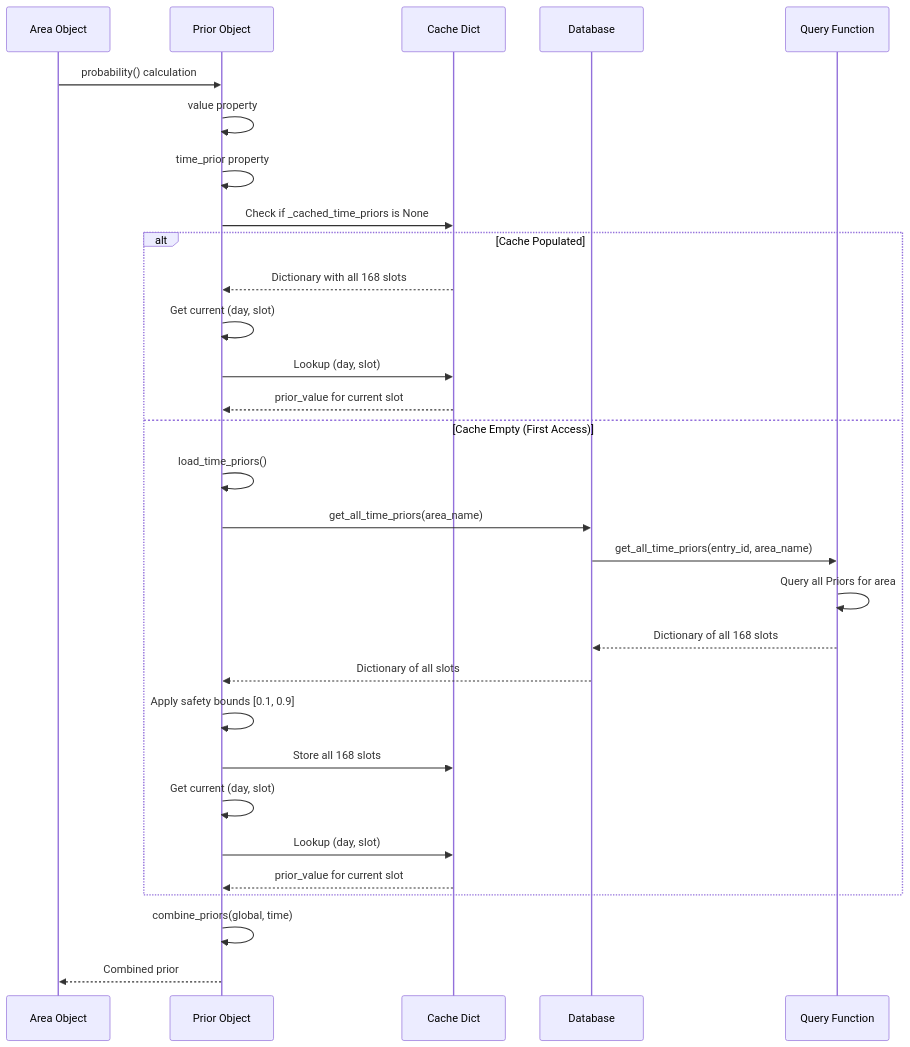
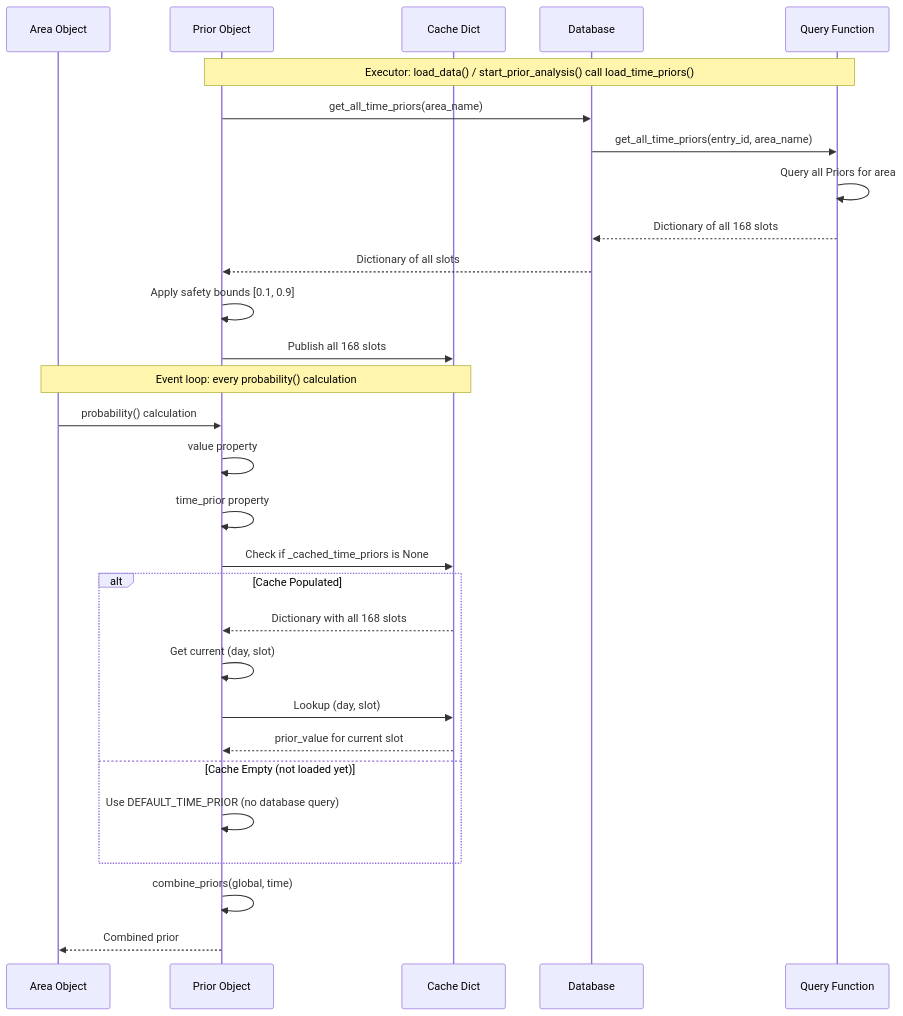
Before and after one commit to Hankanman/Area-Occupancy-Detection: the first of 3 diagrams in docs/docs/technical/time-prior-flow.md, drawn with Mermaid. The commit also changed other lines of this file and 9 other files, not shown here.

First line of the commit message:
fix(prior): keep time-prior reads off SQLite on the event loop

````diff
--- a/docs/docs/technical/time-prior-flow.md
+++ b/docs/docs/technical/time-prior-flow.md
@@ -398,35 +398,35 @@
 ```mermaid
 sequenceDiagram
     participant Area as Area Object
     participant Prior as Prior Object
     participant Cache as Cache Dict
     participant DB as Database
     participant Query as Query Function
 
+    Note over Prior,Query: Executor: load_data() / start_prior_analysis() call load_time_priors()
+    Prior->>DB: get_all_time_priors(area_name)
+    DB->>Query: get_all_time_priors(entry_id, area_name)
+    Query->>Query: Query all Priors for area
+    Query-->>DB: Dictionary of all 168 slots
+    DB-->>Prior: Dictionary of all slots
+    Prior->>Prior: Apply safety bounds [0.1, 0.9]
+    Prior->>Cache: Publish all 168 slots
+
+    Note over Area,Cache: Event loop: every probability() calculation
     Area->>Prior: probability() calculation
     Prior->>Prior: value property
     Prior->>Prior: time_prior property
     Prior->>Cache: Check if _cached_time_priors is None
 
     alt Cache Populated
         Cache-->>Prior: Dictionary with all 168 slots
         Prior->>Prior: Get current (day, slot)
         Prior->>Cache: Lookup (day, slot)
         Cache-->>Prior: prior_value for current slot
-    else Cache Empty (First Access)
-        Prior->>Prior: load_time_priors()
-        Prior->>DB: get_all_time_priors(area_name)
-        DB->>Query: get_all_time_priors(entry_id, area_name)
-        Query->>Query: Query all Priors for area
-        Query-->>DB: Dictionary of all 168 slots
-        DB-->>Prior: Dictionary of all slots
-        Prior->>Prior: Apply safety bounds [0.1, 0.9]
-        Prior->>Cache: Store all 168 slots
-        Prior->>Prior: Get current (day, slot)
-        Prior->>Cache: Lookup (day, slot)
-        Cache-->>Prior: prior_value for current slot
+    else Cache Empty (not loaded yet)
+        Prior->>Prior: Use DEFAULT_TIME_PRIOR (no database query)
     end
 
     Prior->>Prior: combine_priors(global, time)
     Prior-->>Area: Combined prior
 ```
````
